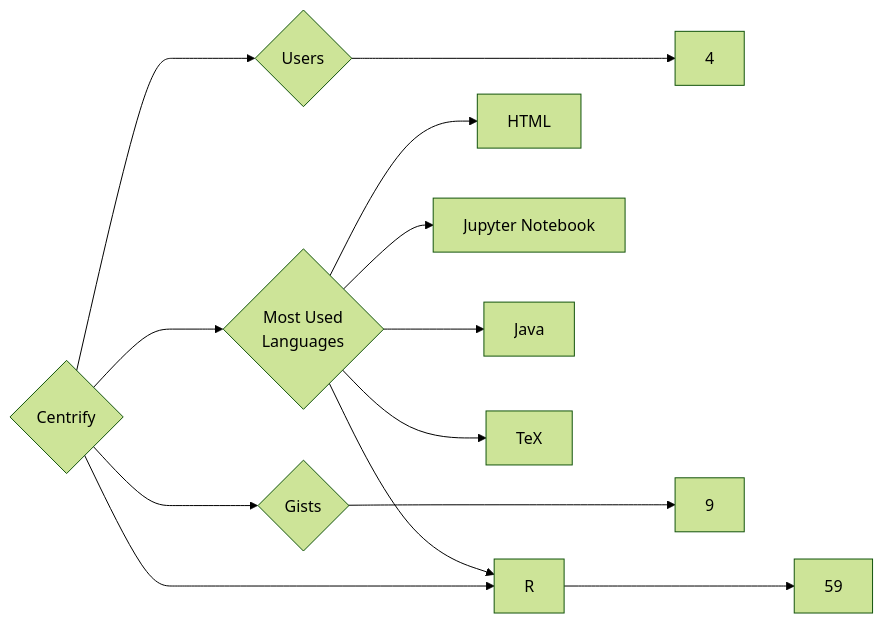
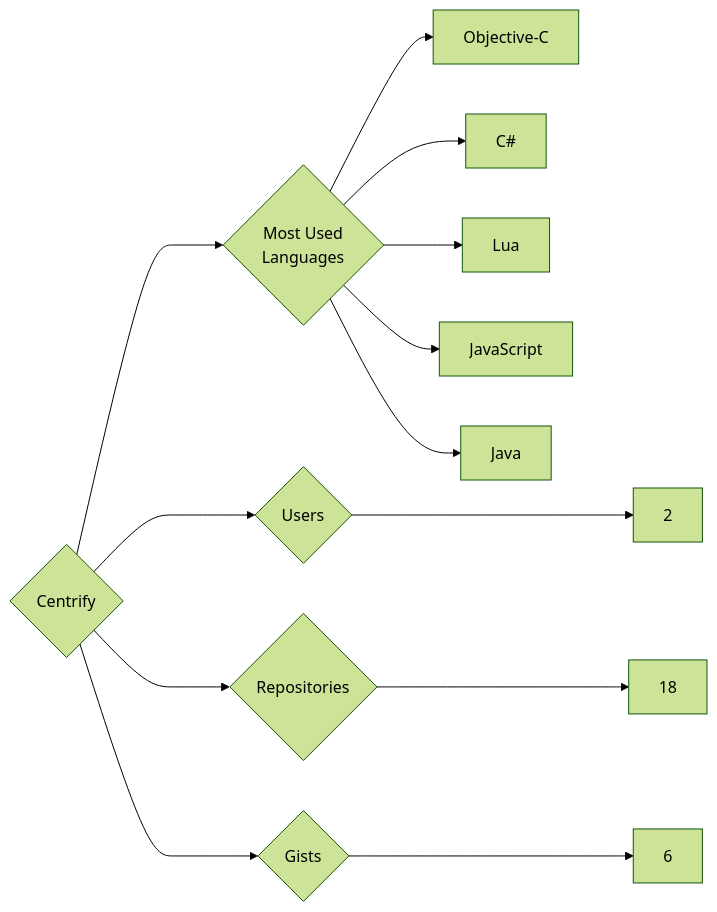
Before and after one commit to trickest/insiders: the diagram in targets/Centrify/README.md, drawn with Mermaid (forest theme). The commit also changed 935 other files, not shown here.

````diff
--- a/targets/Centrify/README.md
+++ b/targets/Centrify/README.md
@@ -3,13 +3,13 @@
 ```mermaid
 graph LR
 COMPANY_NAME{Centrify}
-COMPANY_NAME ---> U{Users} ---> UN[4]
-COMPANY_NAME ---> R{Repositories} ---> RN[59]
-COMPANY_NAME ---> G{Gists} ---> GN[9]
+COMPANY_NAME ---> U{Users} ---> UN[2]
+COMPANY_NAME ---> R{Repositories} ---> RN[18]
+COMPANY_NAME ---> G{Gists} ---> GN[6]
 COMPANY_NAME ---> ML{Most Used<br>Languages}
-ML --> HTML[HTML]
-ML --> Jupyter_Notebook[Jupyter Notebook]
+ML --> Objective-C[Objective-C]
+ML --> C#[C#]
+ML --> Lua[Lua]
+ML --> JavaScript[JavaScript]
 ML --> Java[Java]
-ML --> R[R]
-ML --> TeX[TeX]
 ```
````
